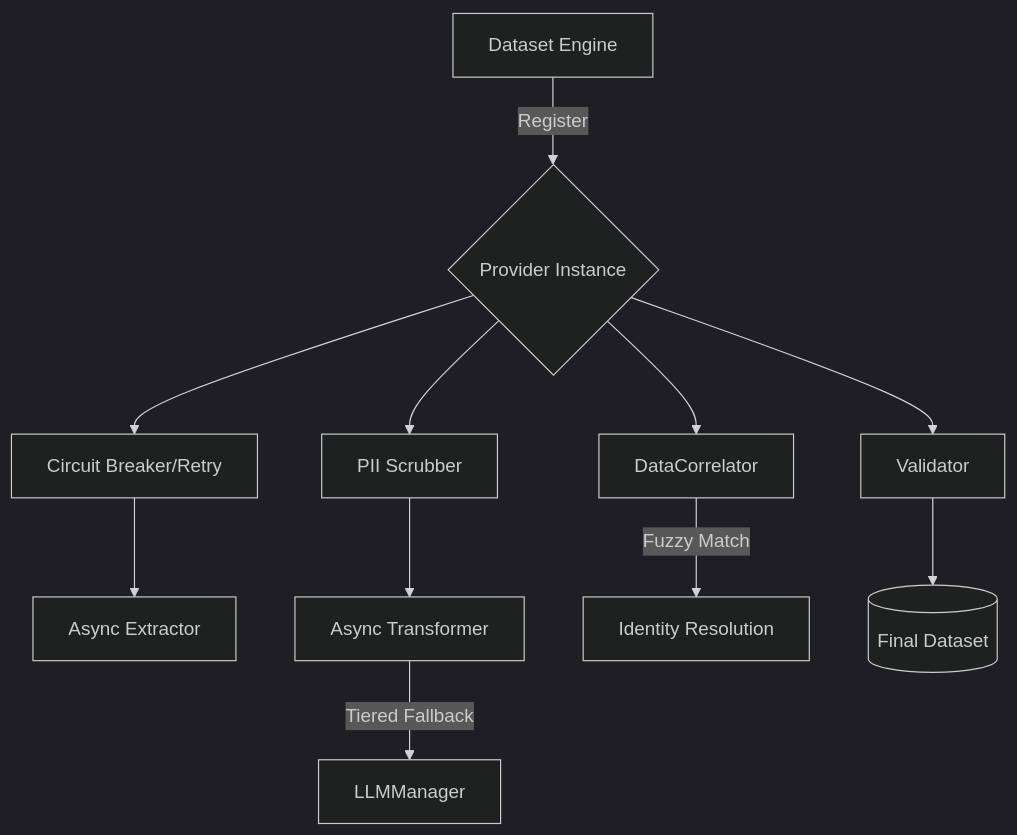
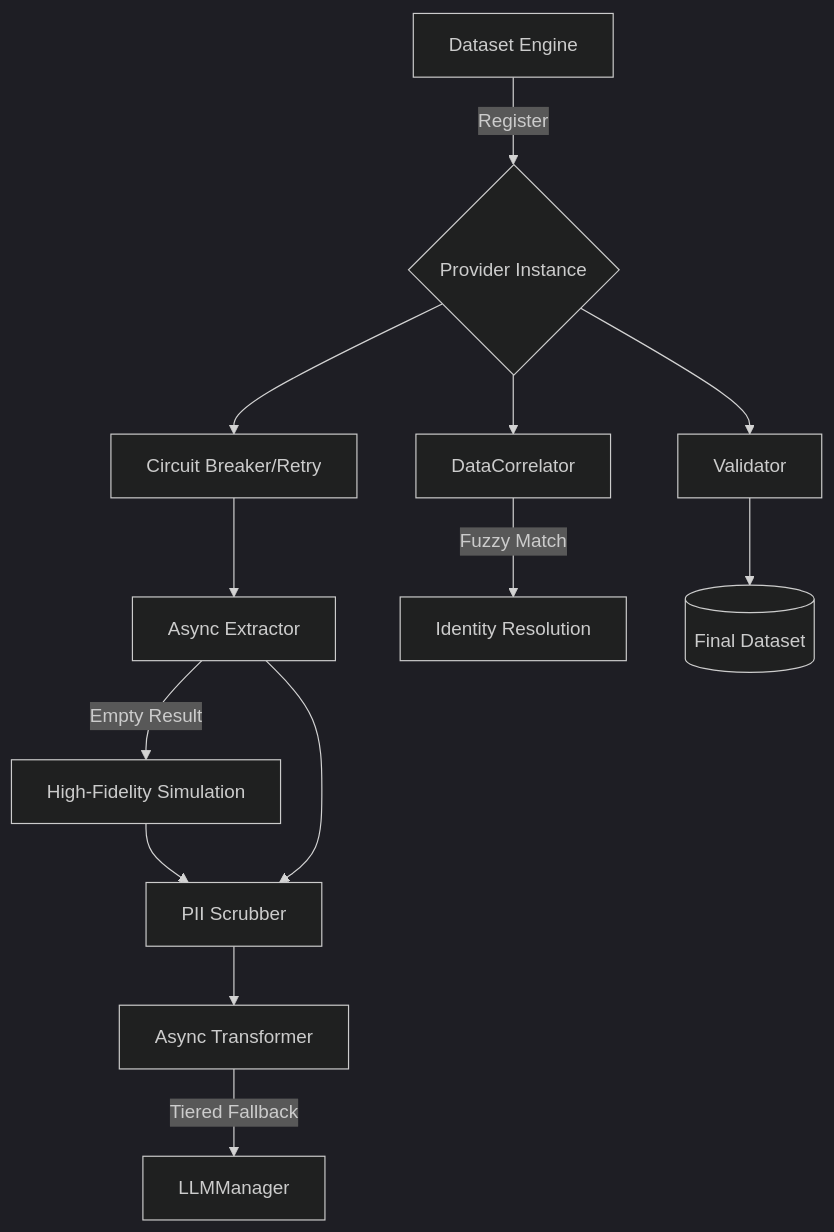
One commit to najeed/ai-agent-eval-harness changed the diagram in docs/dataproc-design/framework_arch.md. Above: the diagram before and after it, drawn with Mermaid (dark theme). The commit also changed other lines of this file and 79 other files, not shown here.

Commit message:
rearchitect dataproc; extensibility

````diff
--- a/docs/dataproc-design/framework_arch.md
+++ b/docs/dataproc-design/framework_arch.md
@@ -36,13 +37,15 @@
 ```mermaid
 graph TD
     A[Dataset Engine] -->|Register| D{Provider Instance}
     D --> Resiliency[Circuit Breaker/Retry]
     Resiliency --> E[Async Extractor]
-    D --> Security[PII Scrubber]
+    E -->|Empty Result| sim[High-Fidelity Simulation]
+    sim --> Security[PII Scrubber]
+    E --> Security
     Security --> F[Async Transformer]
     F -->|Tiered Fallback| LLM[LLMManager]
     D --> G[Validator]
     D --> L[DataCorrelator]
     L -->|Fuzzy Match| identity[Identity Resolution]
     G --> J[(Final Dataset)]
 ```
````
